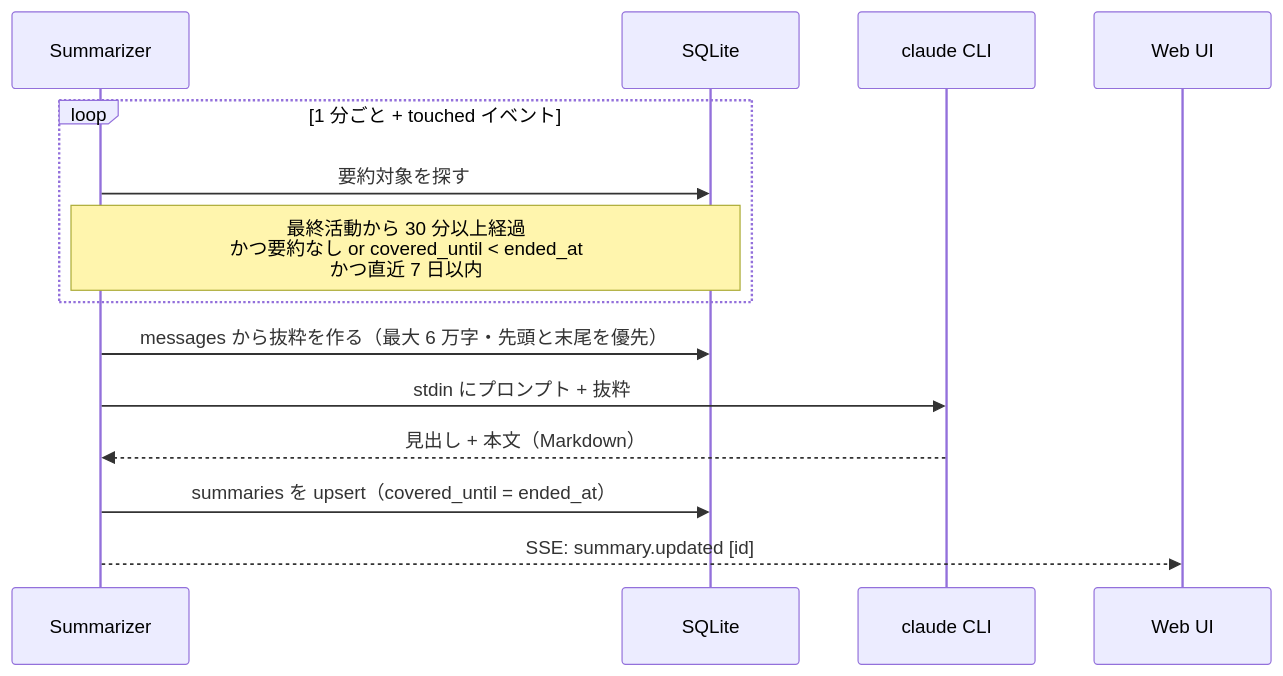
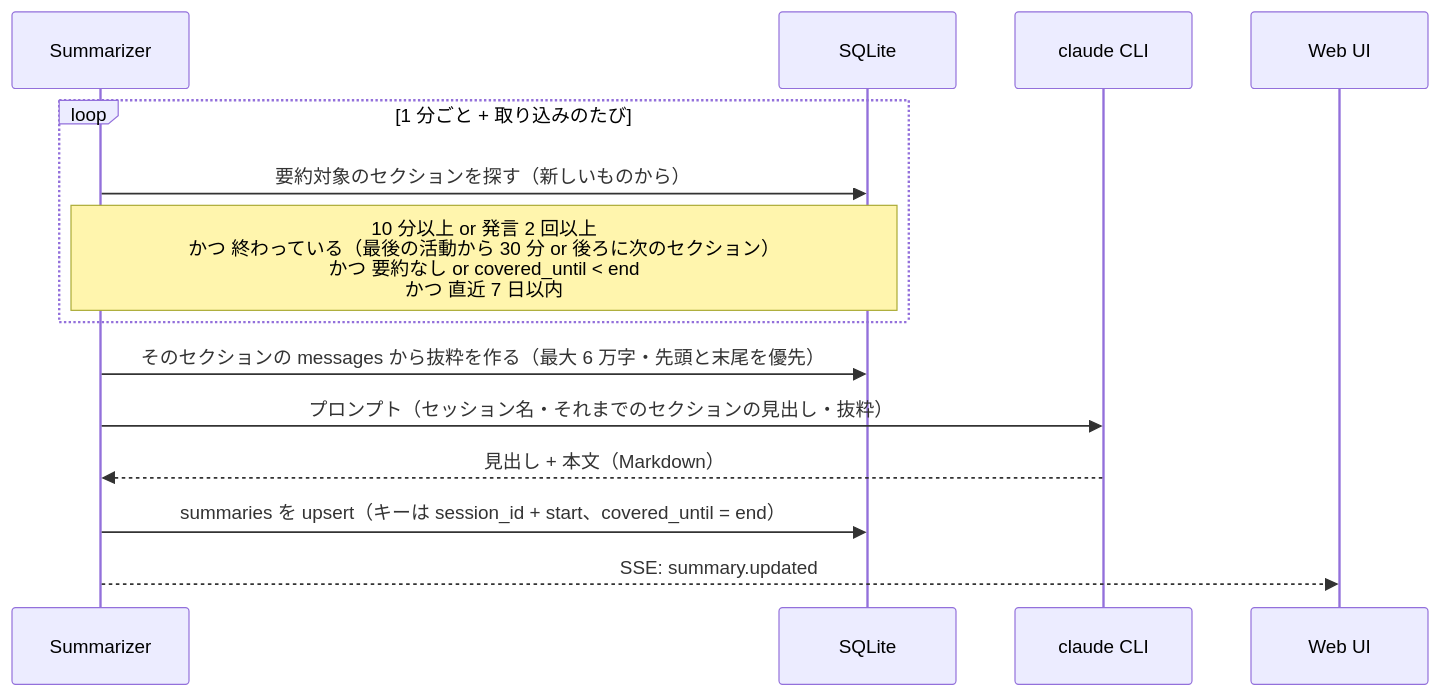
Before and after one commit to atsuki-shirasawa/kairos: the third of 3 diagrams in docs/architecture.md, drawn with Mermaid. The commit also changed other lines of this file and 51 other files, not shown here.

````diff
--- a/docs/architecture.md
+++ b/docs/architecture.md
@@ -98,17 +100,17 @@
 ```mermaid
 sequenceDiagram
     participant S as Summarizer
     participant DB as SQLite
     participant C as claude CLI
     participant UI as Web UI
 
-    loop 1 分ごと + touched イベント
-        S->>DB: 要約対象を探す
-        Note over S,DB: 最終活動から 30 分以上経過<br/>かつ要約なし or covered_until < ended_at<br/>かつ直近 7 日以内
+    loop 1 分ごと + 取り込みのたび
+        S->>DB: 要約対象のセクションを探す（新しいものから）
+        Note over S,DB: 10 分以上 or 発言 2 回以上<br/>かつ 終わっている（最後の活動から 30 分 or 後ろに次のセクション）<br/>かつ 要約なし or covered_until < end<br/>かつ 直近 7 日以内
     end
-    S->>DB: messages から抜粋を作る（最大 6 万字・先頭と末尾を優先）
-    S->>C: stdin にプロンプト + 抜粋
+    S->>DB: そのセクションの messages から抜粋を作る（最大 6 万字・先頭と末尾を優先）
+    S->>C: プロンプト（セッション名・それまでのセクションの見出し・抜粋）
     C-->>S: 見出し + 本文（Markdown）
-    S->>DB: summaries を upsert（covered_until = ended_at）
-    S-->>UI: SSE: summary.updated [id]
+    S->>DB: summaries を upsert（キーは session_id + start、covered_until = end）
+    S-->>UI: SSE: summary.updated
 ```
````
